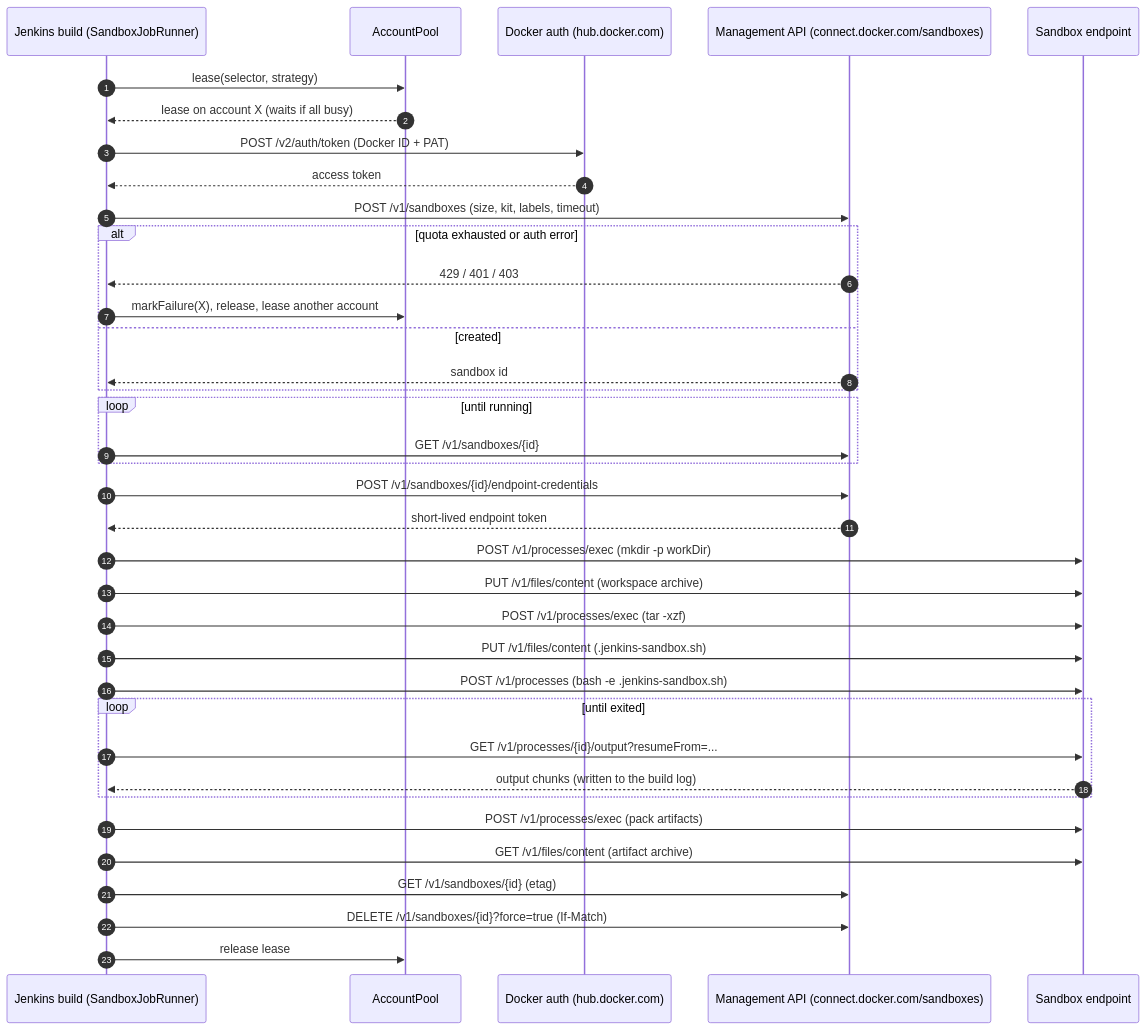
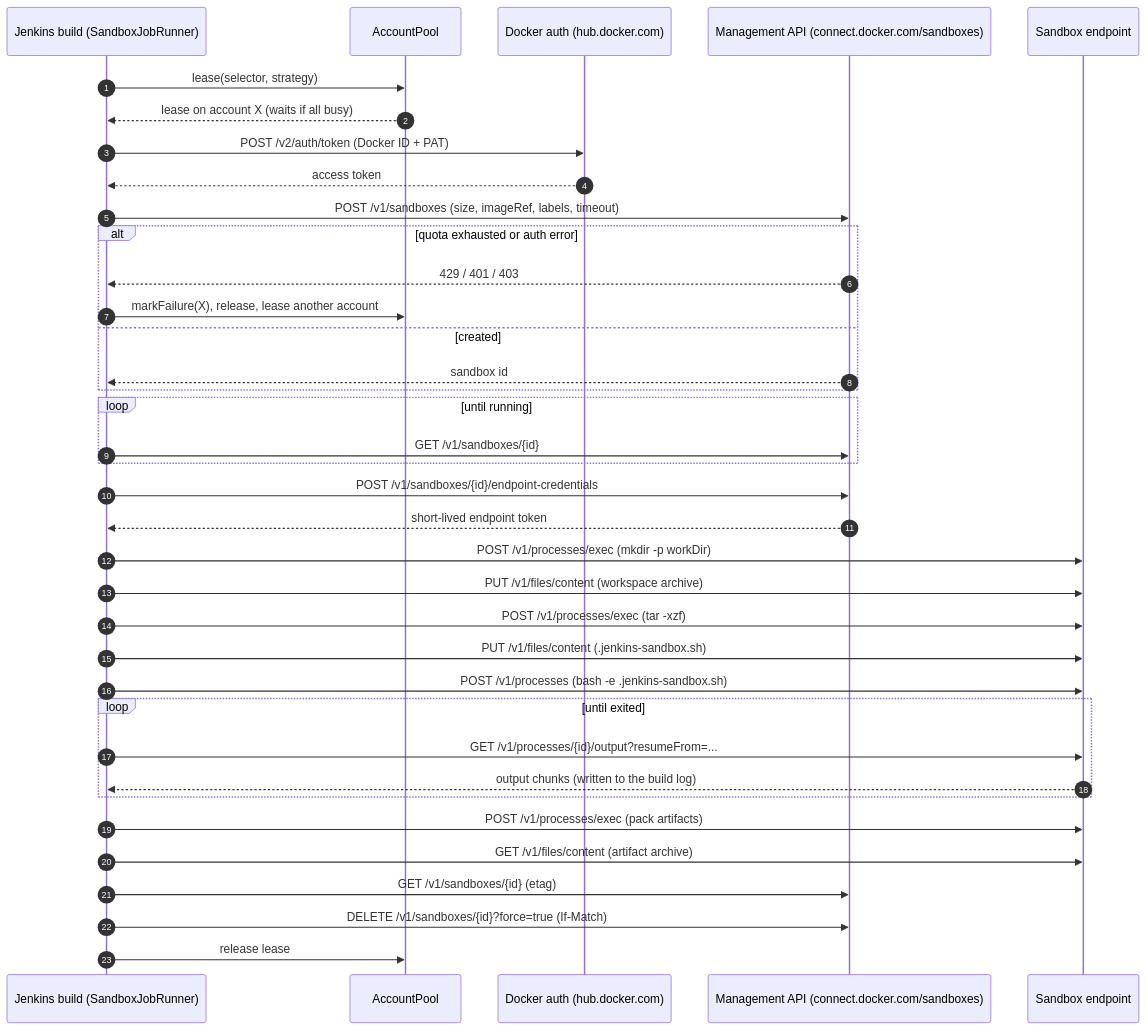
The diagram in docs/architecture.md (npv2k1/docker-sandbox-plugin), drawn with Mermaid before and after one commit. The commit also changed other lines of this file and 7 other files, not shown here.

````diff
--- a/docs/architecture.md
+++ b/docs/architecture.md
@@ -46,40 +46,40 @@
 ```mermaid
 sequenceDiagram
     autonumber
     participant J as Jenkins build (SandboxJobRunner)
     participant P as AccountPool
     participant A as Docker auth (hub.docker.com)
     participant M as Management API (connect.docker.com/sandboxes)
     participant E as Sandbox endpoint
 
     J->>P: lease(selector, strategy)
     P-->>J: lease on account X (waits if all busy)
     J->>A: POST /v2/auth/token (Docker ID + PAT)
     A-->>J: access token
-    J->>M: POST /v1/sandboxes (size, kit, labels, timeout)
+    J->>M: POST /v1/sandboxes (size, imageRef, labels, timeout)
     alt quota exhausted or auth error
         M-->>J: 429 / 401 / 403
         J->>P: markFailure(X), release, lease another account
     else created
         M-->>J: sandbox id
     end
     loop until running
         J->>M: GET /v1/sandboxes/{id}
     end
     J->>M: POST /v1/sandboxes/{id}/endpoint-credentials
     M-->>J: short-lived endpoint token
     J->>E: POST /v1/processes/exec (mkdir -p workDir)
     J->>E: PUT /v1/files/content (workspace archive)
     J->>E: POST /v1/processes/exec (tar -xzf)
     J->>E: PUT /v1/files/content (.jenkins-sandbox.sh)
     J->>E: POST /v1/processes (bash -e .jenkins-sandbox.sh)
     loop until exited
         J->>E: GET /v1/processes/{id}/output?resumeFrom=...
         E-->>J: output chunks (written to the build log)
     end
     J->>E: POST /v1/processes/exec (pack artifacts)
     J->>E: GET /v1/files/content (artifact archive)
     J->>M: GET /v1/sandboxes/{id} (etag)
     J->>M: DELETE /v1/sandboxes/{id}?force=true (If-Match)
     J->>P: release lease
 ```
````
